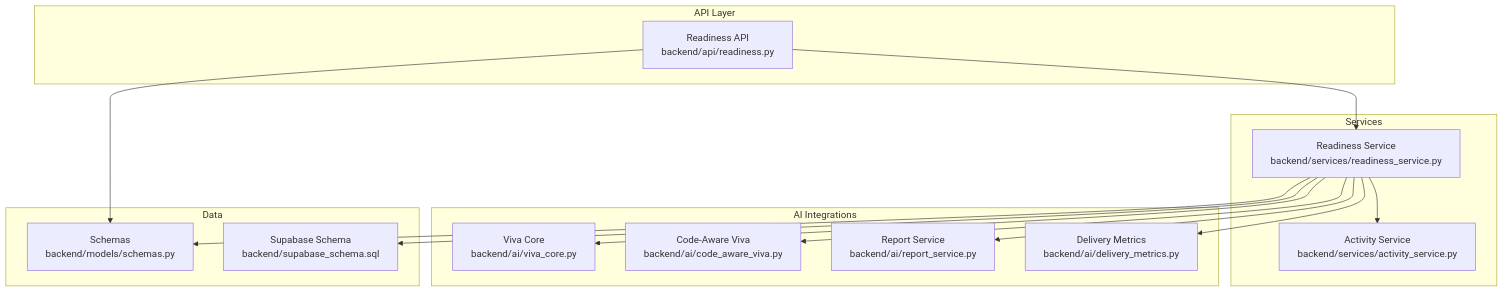
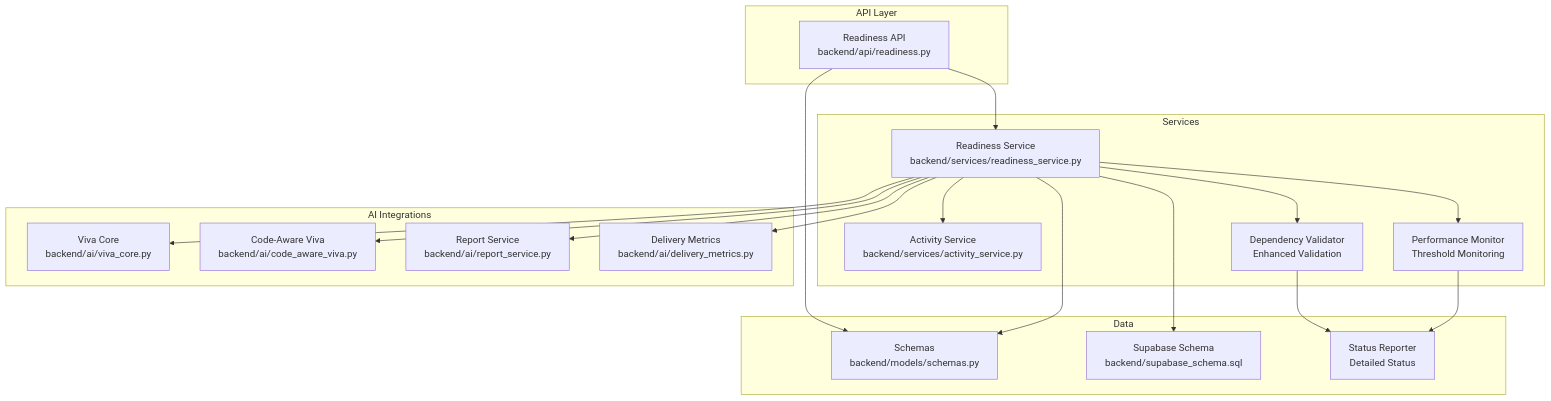
One commit to KKBAE143/VivAI changed the first of 6 diagrams in .qoder/repowiki/en/content/Architecture Overview/Backend Architecture/Service Layer Architecture/Readiness Service.md. Above: the diagram before and after it, drawn with Mermaid. The commit also changed other lines of this file and 133 other files, not shown here.

First line of the commit message:
docs(readiness-service): update documentation with enhanced validation and monitoring

````diff
--- a/.qoder/repowiki/en/content/Architecture Overview/Backend Architecture/Service Layer Architecture/Readiness Service.md
+++ b/.qoder/repowiki/en/content/Architecture Overview/Backend Architecture/Service Layer Architecture/Readiness Service.md
@@ -45,29 +56,36 @@
 ```mermaid
 graph TB
 subgraph "API Layer"
 RAPI["Readiness API<br/>backend/api/readiness.py"]
 end
 subgraph "Services"
 RSvc["Readiness Service<br/>backend/services/readiness_service.py"]
 ASvc["Activity Service<br/>backend/services/activity_service.py"]
+DVal["Dependency Validator<br/>Enhanced Validation"]
+PMon["Performance Monitor<br/>Threshold Monitoring"]
 end
 subgraph "AI Integrations"
 VC["Viva Core<br/>backend/ai/viva_core.py"]
 CA["Code-Aware Viva<br/>backend/ai/code_aware_viva.py"]
 RP["Report Service<br/>backend/ai/report_service.py"]
 DM["Delivery Metrics<br/>backend/ai/delivery_metrics.py"]
 end
 subgraph "Data"
 SC["Schemas<br/>backend/models/schemas.py"]
 DB["Supabase Schema<br/>backend/supabase_schema.sql"]
+SR["Status Reporter<br/>Detailed Status"]
 end
 RAPI --> RSvc
 RSvc --> ASvc
+RSvc --> DVal
+RSvc --> PMon
 RSvc --> VC
 RSvc --> CA
 RSvc --> RP
 RSvc --> DM
+DVal --> SR
+PMon --> SR
 RAPI --> SC
 RSvc --> SC
 RSvc --> DB
 ```
````
